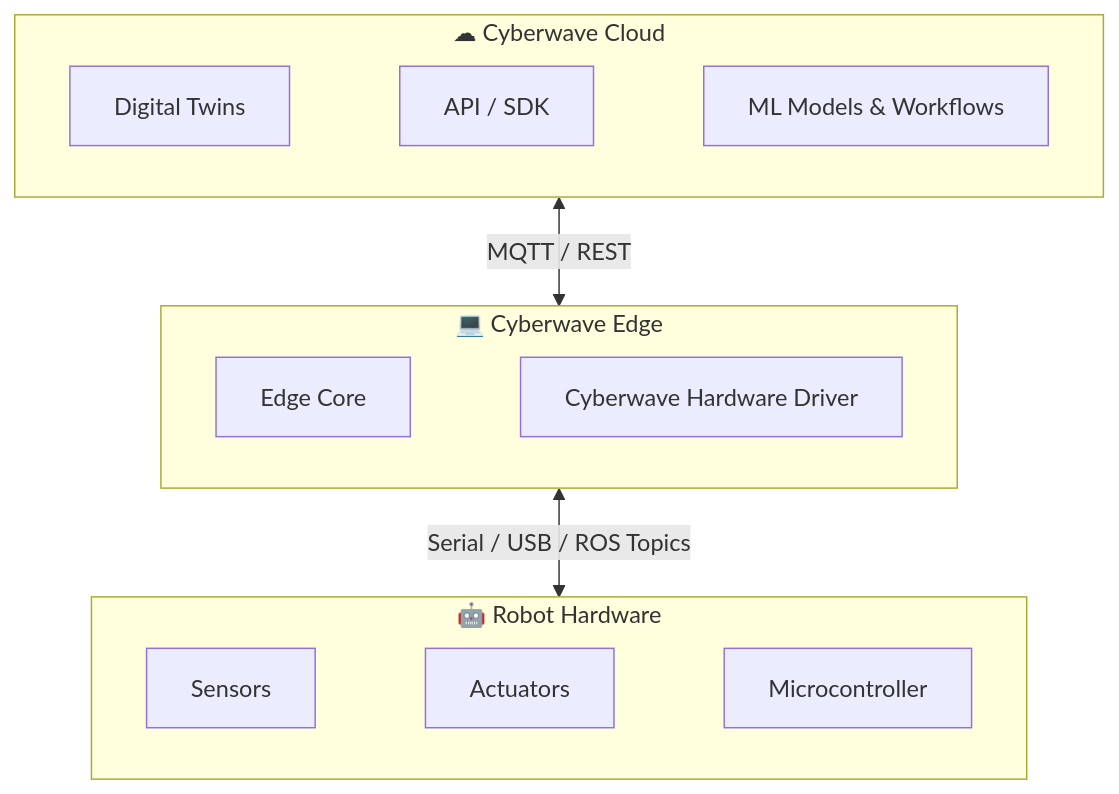
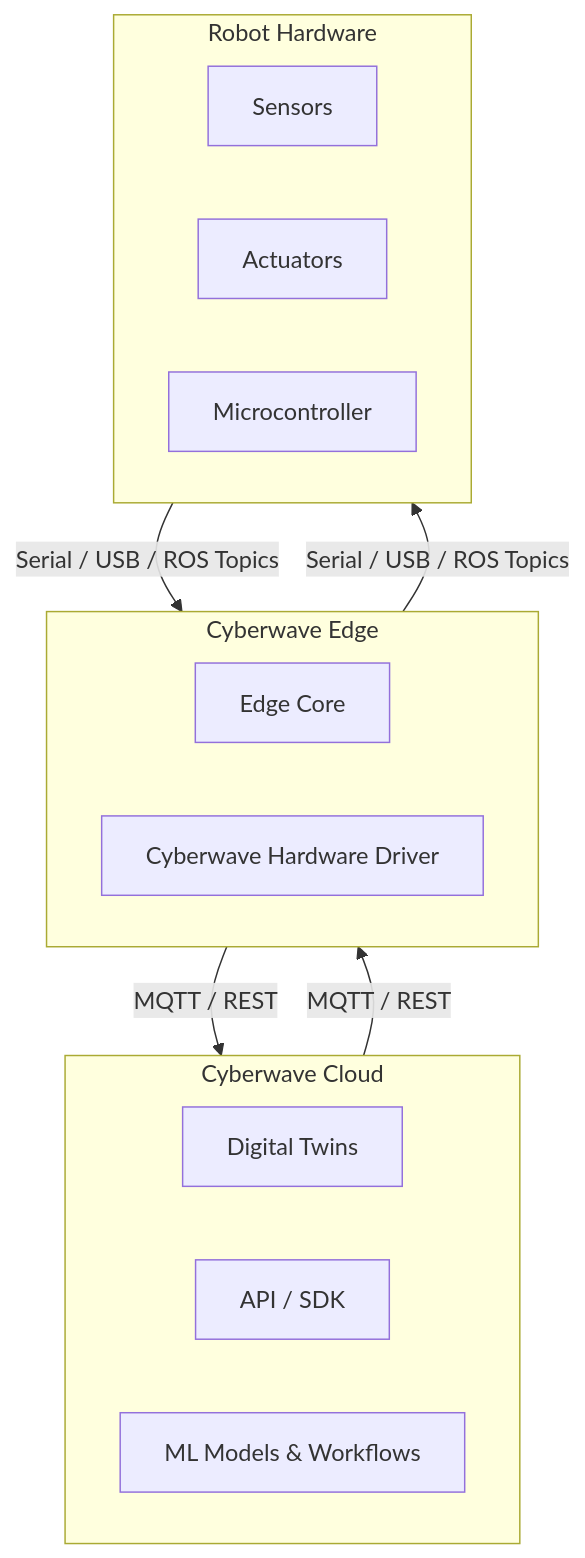
The second of 4 diagrams in get-started/starter-kit-builders.mdx (cyberwave-os/docs-mintlify), drawn with Mermaid before and after one commit. The commit also changed other lines of this file, not shown here.

Commit message:
starter kit changes

````diff
--- a/get-started/starter-kit-builders.mdx
+++ b/get-started/starter-kit-builders.mdx
@@ -203,21 +203,25 @@
 ```mermaid
 graph TB
-    subgraph Cloud["☁ Cyberwave Cloud"]
-        direction LR
-        DT["Digital Twins"] ~~~ API["API / SDK"] ~~~ ML["ML Models & Workflows"]
+    subgraph Cloud["Cyberwave Cloud"]
+        DT["Digital Twins"]
+        API["API / SDK"]
+        ML["ML Models & Workflows"]
     end
 
-    Cloud <-->|"MQTT / REST"| Edge
+    Cloud -->|"MQTT / REST"| Edge
+    Edge -->|"MQTT / REST"| Cloud
 
-    subgraph Edge["💻 Cyberwave Edge"]
-        direction LR
-        EC["Edge Core"] ~~~ DR["Cyberwave Hardware Driver"]
+    subgraph Edge["Cyberwave Edge"]
+        EC["Edge Core"]
+        DR["Cyberwave Hardware Driver"]
     end
 
-    Edge <-->|"Serial / USB / ROS Topics"| HW
+    Edge -->|"Serial / USB / ROS Topics"| HW
+    HW -->|"Serial / USB / ROS Topics"| Edge
 
-    subgraph HW["🤖 Robot Hardware"]
-        direction LR
-        S["Sensors"] ~~~ A["Actuators"] ~~~ MC["Microcontroller"]
+    subgraph HW["Robot Hardware"]
+        S["Sensors"]
+        A["Actuators"]
+        MC["Microcontroller"]
     end
 ```
````
